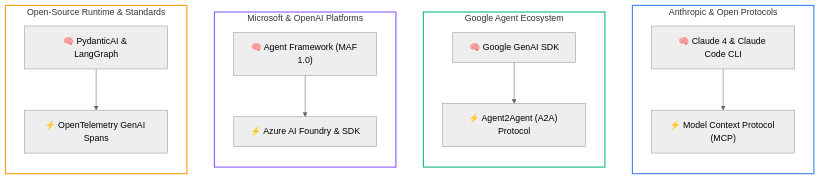
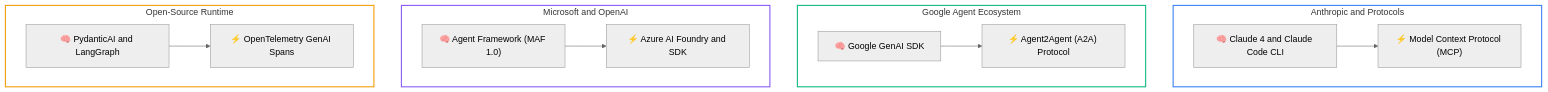
The fourth of 4 diagrams in README.md (dip4k/senior-engineer-to-ai-engineer-roadmap), drawn with Mermaid (neutral theme) before and after one commit. The commit also changed other lines of this file and 94 other files, not shown here.

Commit message:
refactor(curriculum): complete Phase 04 upgrade and enforce diagram renderer invariants

````diff
--- a/README.md
+++ b/README.md
@@ -321,27 +336,23 @@
 ```mermaid
 flowchart TD
-    subgraph S1["Anthropic & Open Protocols"]
-        direction TB
-        B1["🧠 Claude 4 & Claude Code CLI"] --> B2["⚡ Model Context Protocol (MCP)"]
+    subgraph S1["Anthropic and Protocols"]
+        B1["🧠 Claude 4 and Claude Code CLI"] --> B2["⚡ Model Context Protocol (MCP)"]
     end
 
     subgraph S2["Google Agent Ecosystem"]
-        direction TB
         C1["🧠 Google GenAI SDK"] --> C2["⚡ Agent2Agent (A2A) Protocol"]
     end
 
-    subgraph S3["Microsoft & OpenAI Platforms"]
-        direction TB
-        D1["🧠 Agent Framework (MAF 1.0)"] --> D2["⚡ Azure AI Foundry & SDK"]
+    subgraph S3["Microsoft and OpenAI"]
+        D1["🧠 Agent Framework (MAF 1.0)"] --> D2["⚡ Azure AI Foundry and SDK"]
     end
 
-    subgraph S4["Open-Source Runtime & Standards"]
-        direction TB
-        E1["🧠 PydanticAI & LangGraph"] --> E2["⚡ OpenTelemetry GenAI Spans"]
+    subgraph S4["Open-Source Runtime"]
+        E1["🧠 PydanticAI and LangGraph"] --> E2["⚡ OpenTelemetry GenAI Spans"]
     end
 
     style S1 fill:none,stroke:#3b82f6,stroke-width:2px;
     style S2 fill:none,stroke:#10b981,stroke-width:2px;
     style S3 fill:none,stroke:#8b5cf6,stroke-width:2px;
     style S4 fill:none,stroke:#f59e0b,stroke-width:2px;
 ```
````
